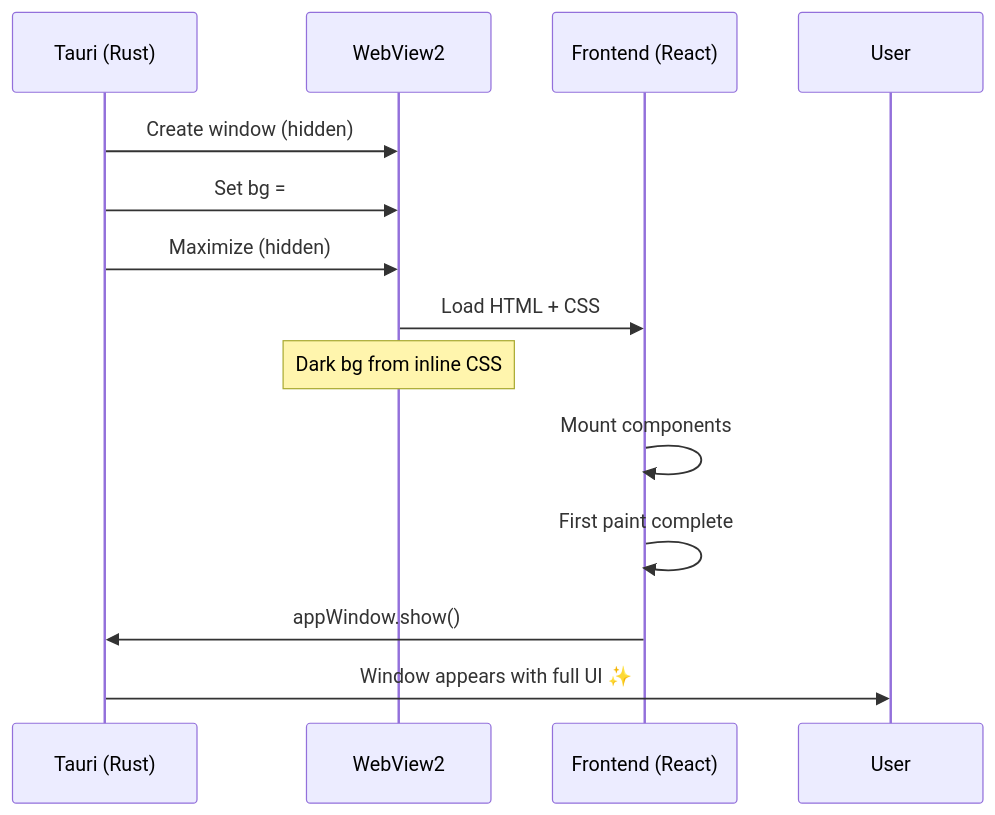
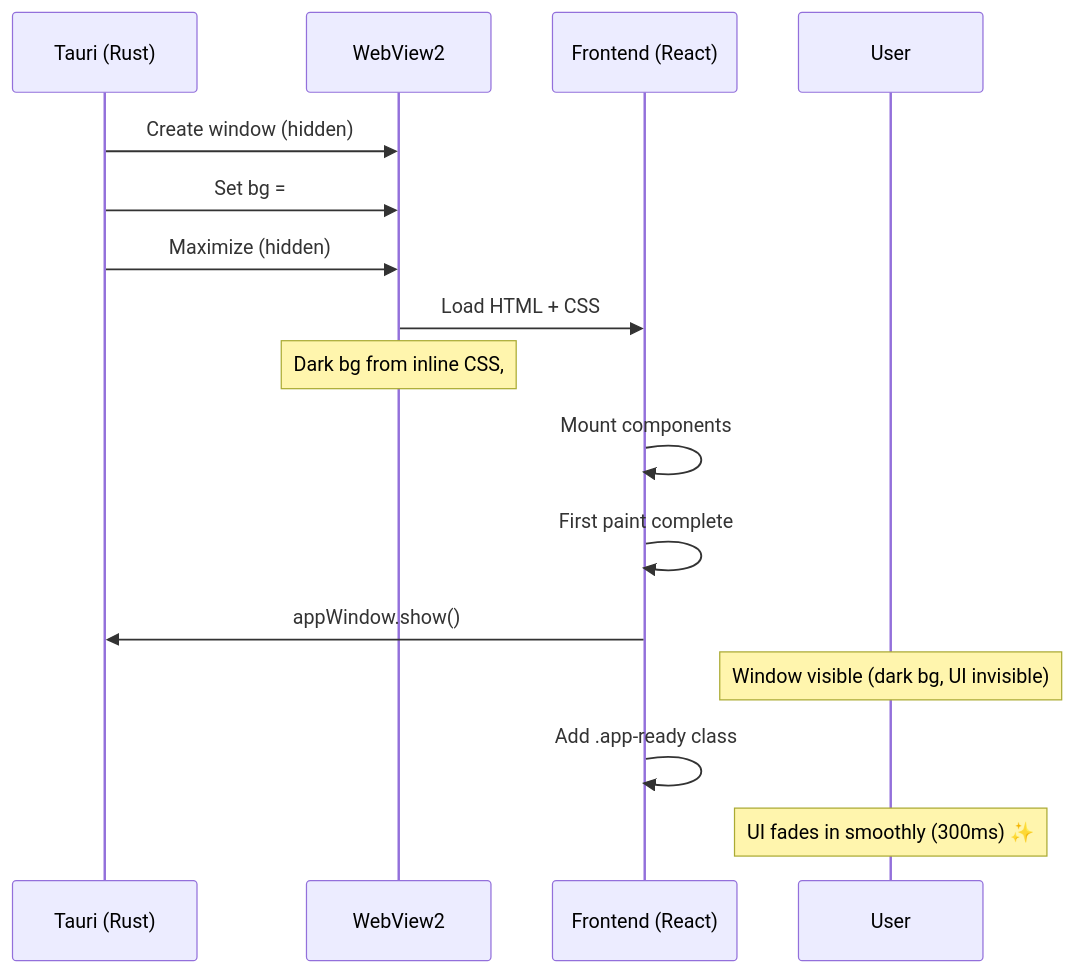
Before and after one commit to thaweesak2504/pqs-rtn-hybrid-storage: the diagram in FIX_WHITE_FLASH_STARTUP.md, drawn with Mermaid. The commit also changed other lines of this file and 2 other files, not shown here.

First line of the commit message:
feat: add smooth fade-in animation on app startup

````diff
--- a/FIX_WHITE_FLASH_STARTUP.md
+++ b/FIX_WHITE_FLASH_STARTUP.md
@@ -71,17 +90,19 @@
 ```mermaid
 sequenceDiagram
     participant Tauri as Tauri (Rust)
     participant WV as WebView2
     participant React as Frontend (React)
     participant User as User
 
     Tauri->>WV: Create window (hidden)
     Tauri->>WV: Set bg = #010409
     Tauri->>WV: Maximize (hidden)
     WV->>React: Load HTML + CSS
-    Note over WV: Dark bg from inline CSS
+    Note over WV: Dark bg from inline CSS, #root opacity=0
     React->>React: Mount components
     React->>React: First paint complete
     React->>Tauri: appWindow.show()
-    Tauri->>User: Window appears with full UI ✨
+    Note over User: Window visible (dark bg, UI invisible)
+    React->>React: Add .app-ready class
+    Note over User: UI fades in smoothly (300ms) ✨
 ```
````
